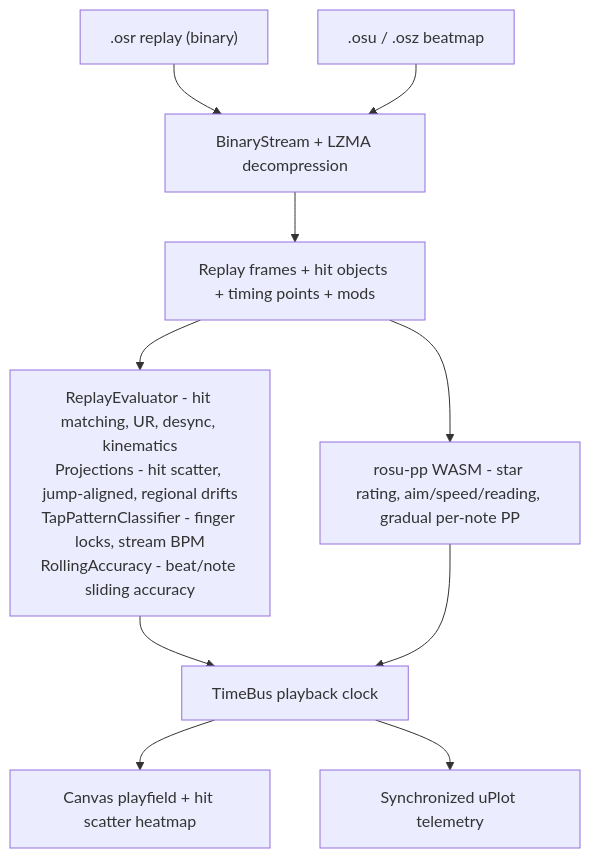
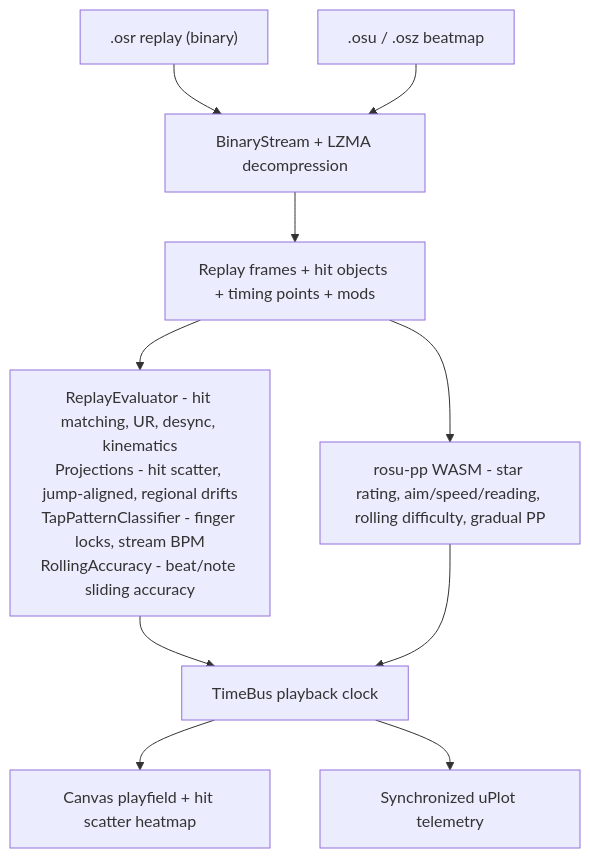
Before and after one commit to NeekoVN/osra: the diagram in README.md, drawn with Mermaid. The commit also changed other lines of this file and 8 other files, not shown here.

Commit message:
feat: add continuous rolling difficulty graph with calibrated star rating

````diff
--- a/README.md
+++ b/README.md
@@ -70,12 +73,12 @@
 ```mermaid
 flowchart TD
     OSR[".osr replay (binary)"] --> BIN["BinaryStream + LZMA decompression"]
     OSU[".osu / .osz beatmap"] --> BIN
     BIN --> DATA["Replay frames + hit objects + timing points + mods"]
     DATA --> METRICS["ReplayEvaluator - hit matching, UR, desync, kinematics<br/>Projections - hit scatter, jump-aligned, regional drifts<br/>TapPatternClassifier - finger locks, stream BPM<br/>RollingAccuracy - beat/note sliding accuracy"]
-    DATA --> ROSU["rosu-pp WASM - star rating, aim/speed/reading, gradual per-note PP"]
+    DATA --> ROSU["rosu-pp WASM - star rating, aim/speed/reading, rolling difficulty, gradual PP"]
     METRICS --> RENDER["TimeBus playback clock"]
     ROSU --> RENDER
     RENDER --> PLAYFIELD["Canvas playfield + hit scatter heatmap"]
     RENDER --> CHARTS["Synchronized uPlot telemetry"]
 ```
````
